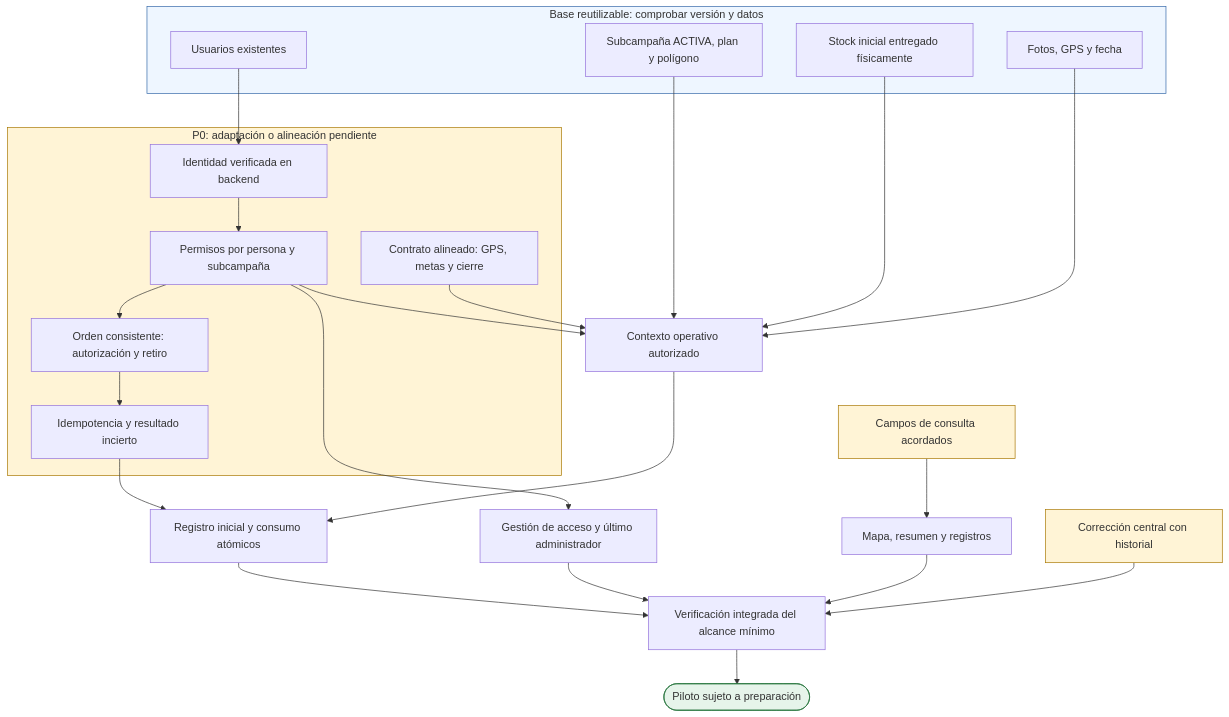
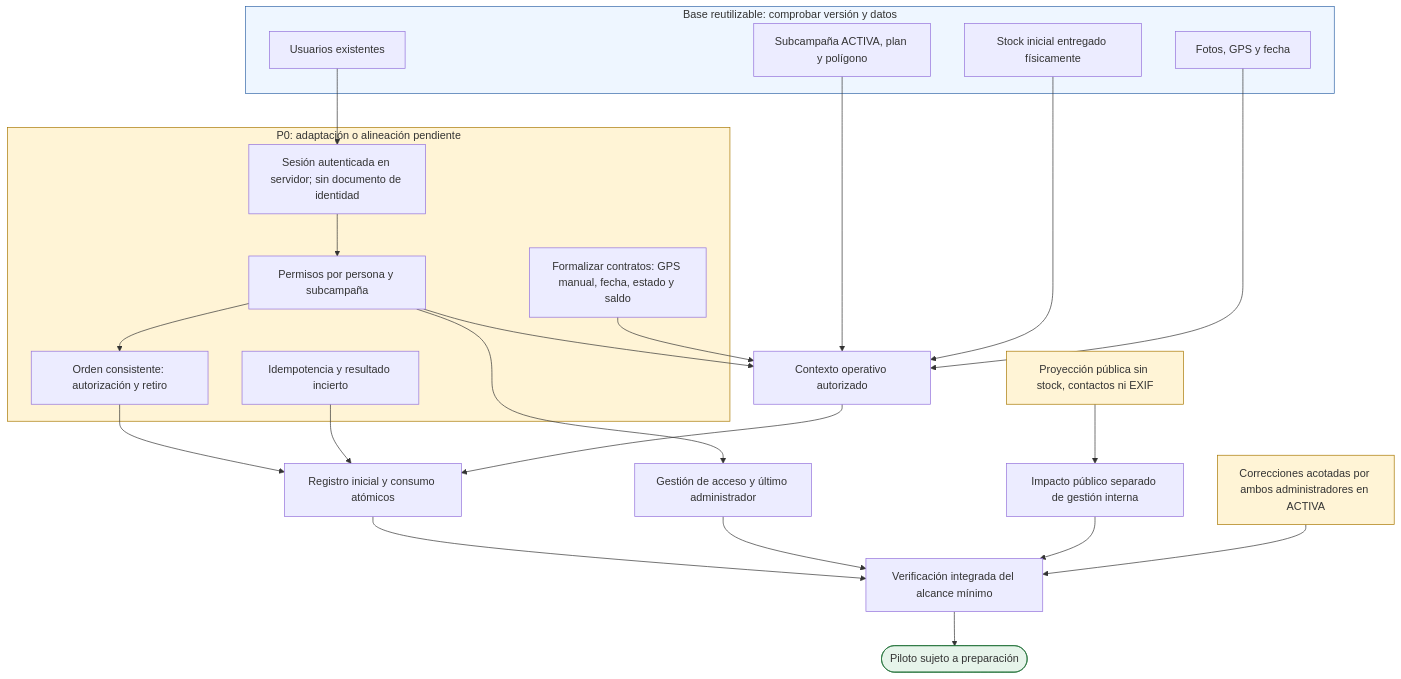
One commit to R3foresta/r3foresta-docs changed the diagram in specs/plantacion/participacion-aliada/diagramas/PA-D05-dependencias-implementacion.mmd. Above: the diagram before and after it, drawn with Mermaid. The commit also changed 44 other files, not shown here.

```diff
--- a/specs/plantacion/participacion-aliada/diagramas/PA-D05-dependencias-implementacion.mmd
+++ b/specs/plantacion/participacion-aliada/diagramas/PA-D05-dependencias-implementacion.mmd
@@ -1,46 +1,47 @@
 flowchart TB
   subgraph reuse ["Base reutilizable: comprobar versión y datos"]
     users["Usuarios existentes"]
     terrain["Subcampaña ACTIVA, plan y polígono"]
     stock["Stock inicial entregado físicamente"]
     evidence["Fotos, GPS y fecha"]
   end
 
   subgraph pending ["P0: adaptación o alineación pendiente"]
-    identity["Identidad verificada en backend"]
+    identity["Sesión autenticada en servidor; sin documento de identidad"]
     roles["Permisos por persona y subcampaña"]
     ordering["Orden consistente: autorización y retiro"]
     retry["Idempotencia y resultado incierto"]
-    rules["Contrato alineado: GPS, metas y cierre"]
+    rules["Formalizar contratos: GPS manual, fecha, estado y saldo"]
   end
 
   context["Contexto operativo autorizado"]
   registration["Registro inicial y consumo atómicos"]
   access["Gestión de acceso y último administrador"]
-  visibility["Campos de consulta acordados"]
-  map["Mapa, resumen y registros"]
-  correction["Corrección central con historial"]
+  visibility["Proyección pública sin stock, contactos ni EXIF"]
+  map["Impacto público separado de gestión interna"]
+  correction["Correcciones acotadas por ambos administradores en ACTIVA"]
   verification["Verificación integrada del alcance mínimo"]
   pilot(["Piloto sujeto a preparación"])
 
   users --> identity --> roles
-  roles --> ordering --> retry --> registration
+  roles --> ordering --> registration
+  retry --> registration
   roles --> context
   terrain --> context
   stock --> context
   evidence --> context
   rules --> context
   context --> registration
   roles --> access
   visibility --> map
   registration --> verification
   access --> verification
   map --> verification
   correction --> verification
   verification --> pilot
 
   style reuse fill:#EEF6FF,stroke:#3267A8
   style pending fill:#FFF4D6,stroke:#A87700
   style correction fill:#FFF4D6,stroke:#A87700
   style visibility fill:#FFF4D6,stroke:#A87700
   style pilot fill:#E6F4EA,stroke:#26733B
```
